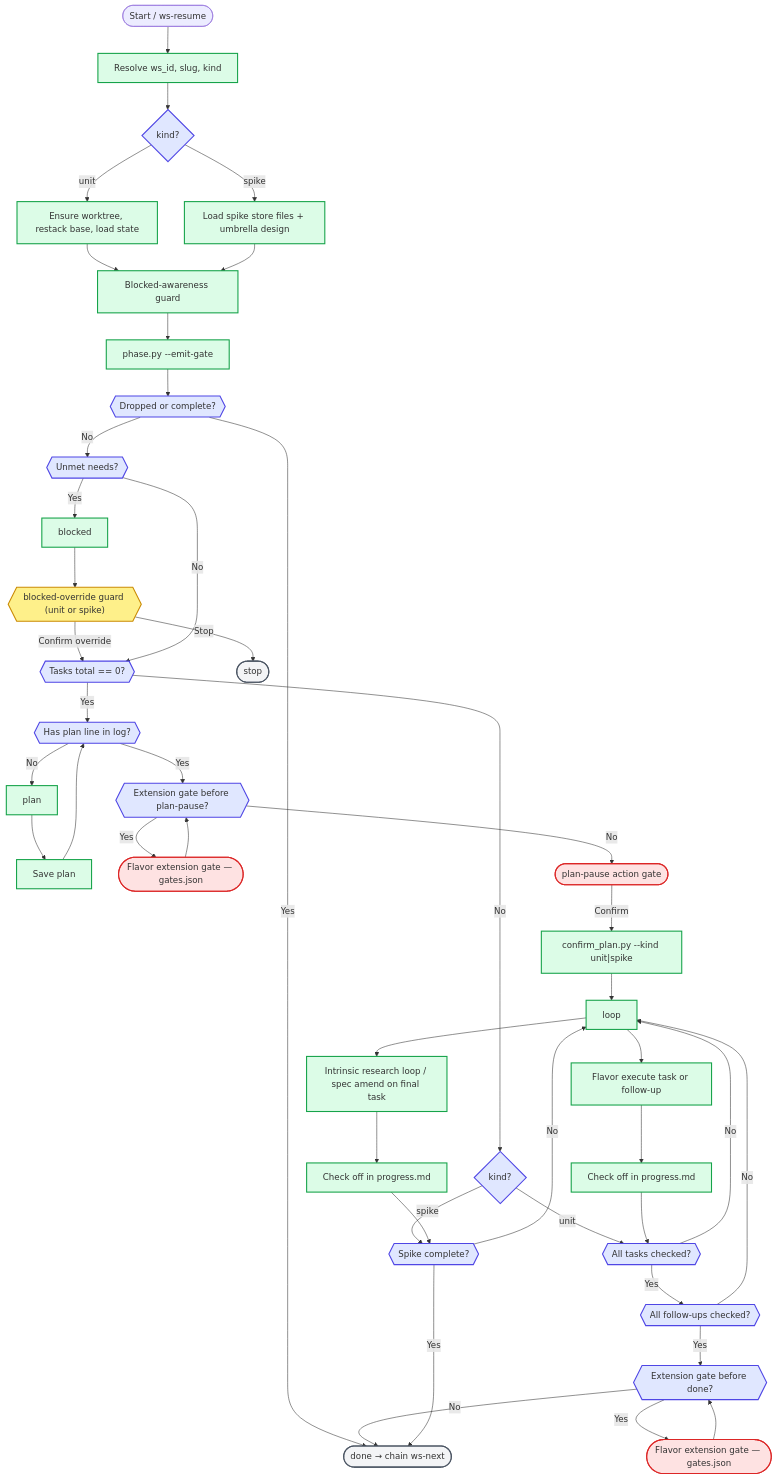
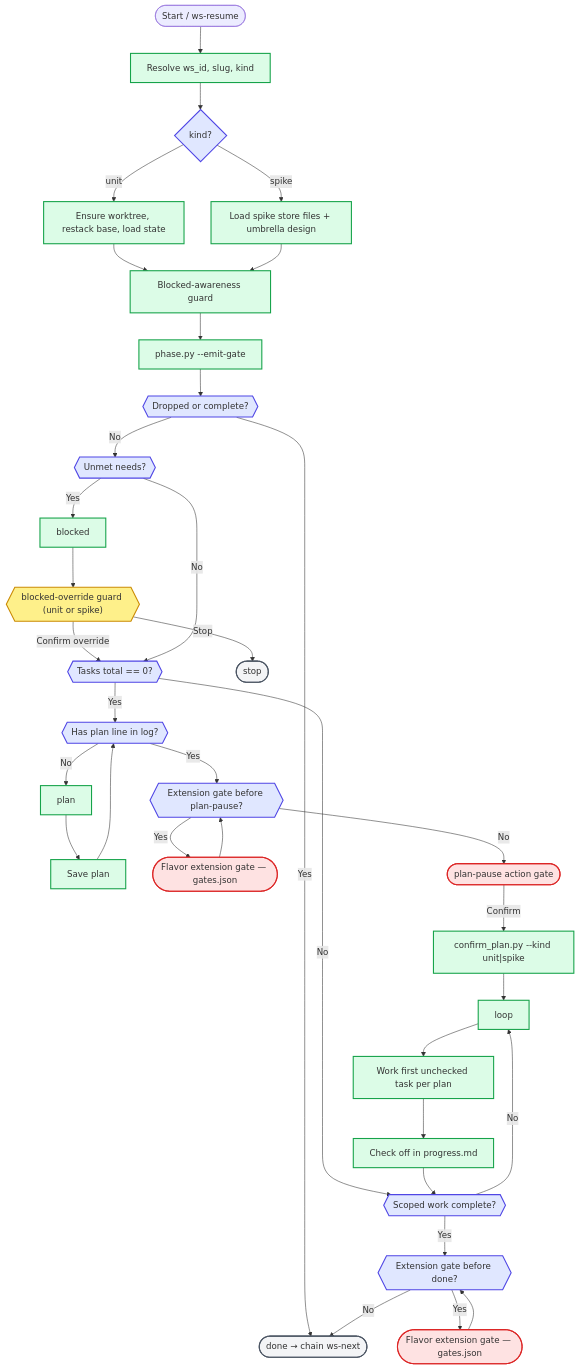
The diagram in plugins/workstreams/skills/ws/references/flows/diagrams/resume.mmd (caioariede/claude-plugins), drawn with Mermaid before and after one commit. The commit also changed 3 other files, not shown here.

Commit message:
docs(workstreams): unify execute loop in ws-resume diagram (0.22.0)

```diff
--- a/plugins/workstreams/skills/ws/references/flows/diagrams/resume.mmd
+++ b/plugins/workstreams/skills/ws/references/flows/diagrams/resume.mmd
@@ -1,67 +1,57 @@
 flowchart TD
     %% ws-resume — unit and spike execution flow
 
     start([Start / ws-resume]) --> resolve[Resolve ws_id, slug, kind]
     resolve --> kind{kind?}
 
     kind -- unit --> unit_prep[Ensure worktree, restack base, load state]
     kind -- spike --> spike_prep[Load spike store files + umbrella design]
 
     unit_prep --> blocked_guard[Blocked-awareness guard]
     spike_prep --> blocked_guard
 
     blocked_guard --> phase_py[phase.py --emit-gate]
 
     phase_py --> check_terminal{{Dropped or complete?}}
     check_terminal -- Yes --> ws_next([done → chain ws-next])
     check_terminal -- No --> check_needs{{Unmet needs?}}
 
     check_needs -- Yes --> blocked[blocked]
     blocked --> guard_blocked{{"blocked-override guard (unit or spike)"}}
     guard_blocked -- Confirm override --> check_zero_tasks
     guard_blocked -- Stop --> stop_blocked([stop])
 
     check_needs -- No --> check_zero_tasks{{Tasks total == 0?}}
 
     check_zero_tasks -- Yes --> check_plan_line{{Has plan line in log?}}
     check_plan_line -- No --> plan[plan]
     plan --> plan_save[Save plan] --> check_plan_line
 
     check_plan_line -- Yes --> pre_plan_ext{{Extension gate before plan-pause?}}
     pre_plan_ext -- Yes --> pre_plan_gate(["Flavor extension gate — gates.json"])
     pre_plan_gate --> pre_plan_ext
     pre_plan_ext -- No --> plan_pause(["plan-pause action gate"])
     plan_pause -- Confirm --> confirm_plan["confirm_plan.py --kind unit|spike"]
     confirm_plan --> loop
 
-    check_zero_tasks -- No --> kind_loop{kind?}
-
-    kind_loop -- unit --> check_tasks{{All tasks checked?}}
-    check_tasks -- No --> loop[loop]
-    loop --> unit_exec[Flavor execute task or follow-up]
-    unit_exec --> check_off[Check off in progress.md] --> check_tasks
-    check_tasks -- Yes --> check_followups{{All follow-ups checked?}}
-    check_followups -- No --> loop
-    check_followups -- Yes --> post_loop_ext{{Extension gate before done?}}
+    check_zero_tasks -- No --> check_scope{{Scoped work complete?}}
+    check_scope -- No --> loop[loop]
+    loop --> work[Work first unchecked task per plan]
+    work --> check_off[Check off in progress.md] --> check_scope
+    check_scope -- Yes --> post_loop_ext{{Extension gate before done?}}
     post_loop_ext -- Yes --> post_loop_gate(["Flavor extension gate — gates.json"])
     post_loop_gate --> post_loop_ext
     post_loop_ext -- No --> ws_next
-
-    kind_loop -- spike --> check_spike_complete{{Spike complete?}}
-    check_spike_complete -- No --> loop
-    loop --> spike_exec[Intrinsic research loop / spec amend on final task]
-    spike_exec --> spike_check_off[Check off in progress.md] --> check_spike_complete
-    check_spike_complete -- Yes --> ws_next
 
     classDef picker fill:#fef3c7,stroke:#d97706,stroke-width:2px;
     classDef action_stop fill:#fee2e2,stroke:#dc2626,stroke-width:2px;
     classDef terminal fill:#f3f4f6,stroke:#4b5563,stroke-width:2px;
     classDef condition fill:#e0e7ff,stroke:#4f46e5,stroke-width:2px;
     classDef action fill:#dcfce7,stroke:#16a34a,stroke-width:2px;
     classDef guard fill:#fef08a,stroke:#ca8a04,stroke-width:2px;
 
     class pre_plan_gate,post_loop_gate,plan_pause action_stop;
     class ws_next,stop_blocked terminal;
-    class kind,kind_loop,check_terminal,check_needs,check_zero_tasks,check_plan_line,pre_plan_ext,check_tasks,check_followups,post_loop_ext,check_spike_complete condition;
-    class resolve,unit_prep,spike_prep,blocked_guard,phase_py,plan,plan_save,confirm_plan,loop,unit_exec,spike_exec,check_off,spike_check_off,blocked action;
+    class kind,check_terminal,check_needs,check_zero_tasks,check_plan_line,pre_plan_ext,check_scope,post_loop_ext condition;
+    class resolve,unit_prep,spike_prep,blocked_guard,phase_py,plan,plan_save,confirm_plan,loop,work,check_off,blocked action;
     class guard_blocked guard;
```
